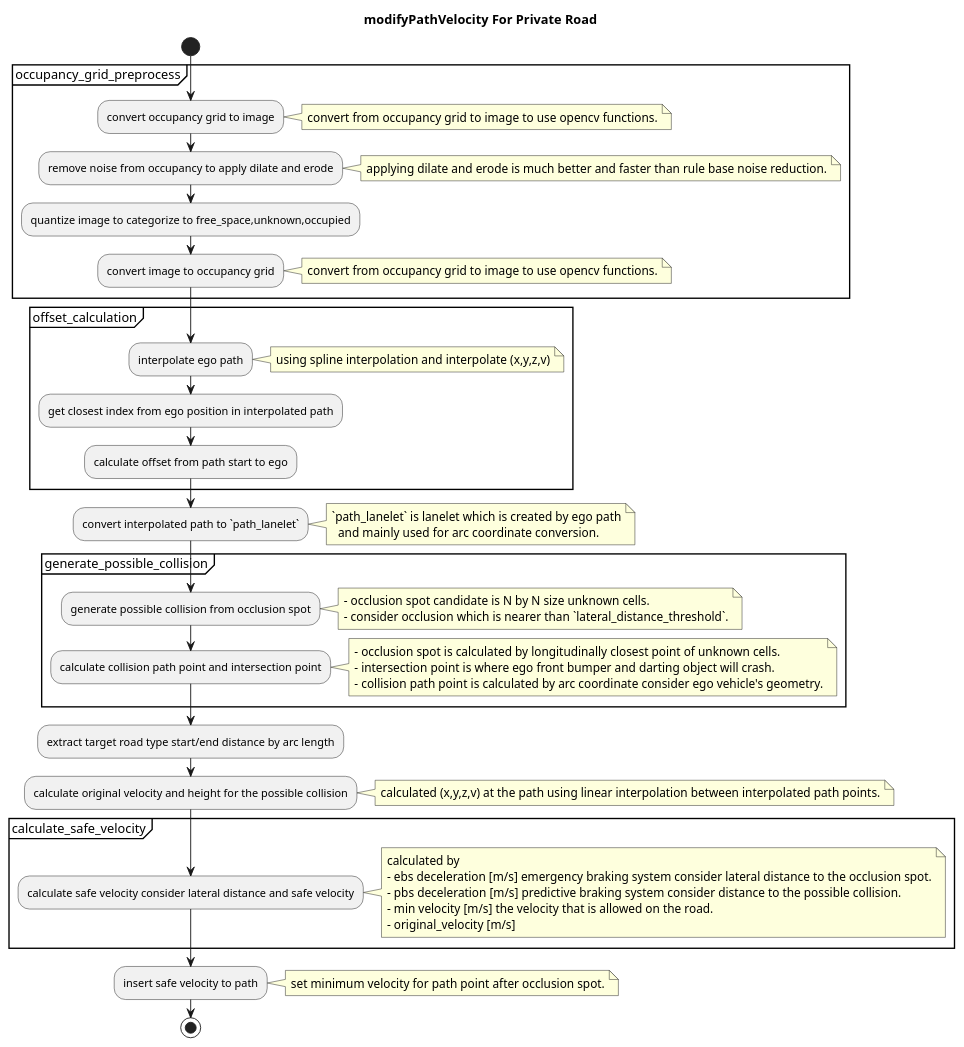
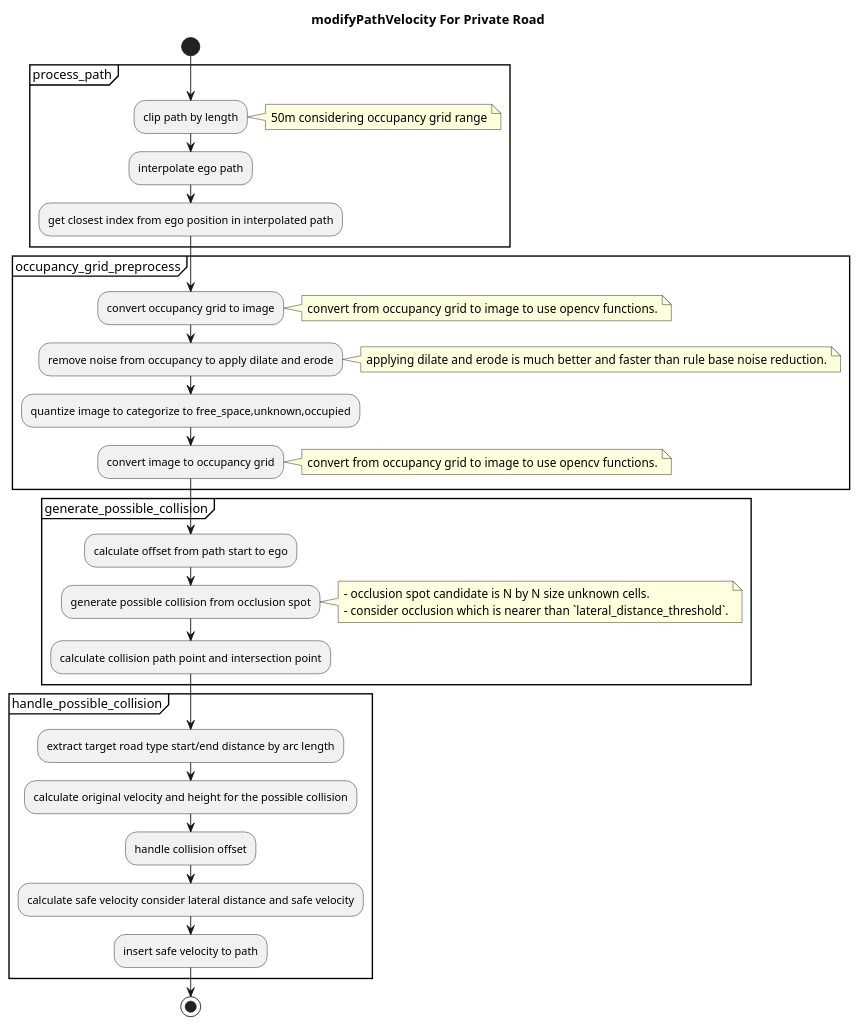
One commit to autowarefoundation/autoware.universe changed the third of 3 diagrams in planning/behavior_velocity_planner/occlusion-spot-design.md. Above: the diagram before and after it, drawn with PlantUML. The commit also changed other lines of this file and 1 other file, not shown here.

Commit message:
doc(behavior_velocity): update occlusion spot doc

````diff
--- a/planning/behavior_velocity_planner/occlusion-spot-design.md
+++ b/planning/behavior_velocity_planner/occlusion-spot-design.md
@@ -192,67 +201,47 @@
 ```plantuml
 @startuml
 title modifyPathVelocity For Private Road
 start
+
+partition process_path {
+:clip path by length;
+note right
+  50m considering occupancy grid range
+end note
+:interpolate ego path;
+:get closest index from ego position in interpolated path;
+}
 partition occupancy_grid_preprocess {
 :convert occupancy grid to image;
 note right
   convert from occupancy grid to image to use opencv functions.
 end note
 :remove noise from occupancy to apply dilate and erode;
 note right
   applying dilate and erode is much better and faster than rule base noise reduction.
 end note
 :quantize image to categorize to free_space,unknown,occupied;
 :convert image to occupancy grid;
 note right
   convert from occupancy grid to image to use opencv functions.
 end note
 }
-partition offset_calculation {
-:interpolate ego path;
-note right
-  using spline interpolation and interpolate (x,y,z,v)
-end note
-:get closest index from ego position in interpolated path;
+partition generate_possible_collision {
 :calculate offset from path start to ego;
-}
-:convert interpolated path to `path_lanelet`;
-note right
-  `path_lanelet` is lanelet which is created by ego path
-    and mainly used for arc coordinate conversion.
-end note
-partition generate_possible_collision {
 :generate possible collision from occlusion spot;
 note right
   - occlusion spot candidate is N by N size unknown cells.
   - consider occlusion which is nearer than `lateral_distance_threshold`.
 end note
 :calculate collision path point and intersection point;
-note right
-  - occlusion spot is calculated by longitudinally closest point of unknown cells.
-  - intersection point is where ego front bumper and darting object will crash.
-  - collision path point is calculated by arc coordinate consider ego vehicle's geometry.
-end note
 }
+partition handle_possible_collision{
 :extract target road type start/end distance by arc length;
 :calculate original velocity and height for the possible collision;
-note right
-calculated (x,y,z,v) at the path using linear interpolation between interpolated path points.
-end note
-partition calculate_safe_velocity {
+:handle collision offset;
 :calculate safe velocity consider lateral distance and safe velocity;
-note right
-calculated by
-- ebs deceleration [m/s] emergency braking system consider lateral distance to the occlusion spot.
-- pbs deceleration [m/s] predictive braking system consider distance to the possible collision.
-- min velocity [m/s] the velocity that is allowed on the road.
-- original_velocity [m/s]
-end note
+:insert safe velocity to path;
 }
-:insert safe velocity to path;
-note right
- set minimum velocity for path point after occlusion spot.
-end note
 stop
 @enduml
 ```
````
